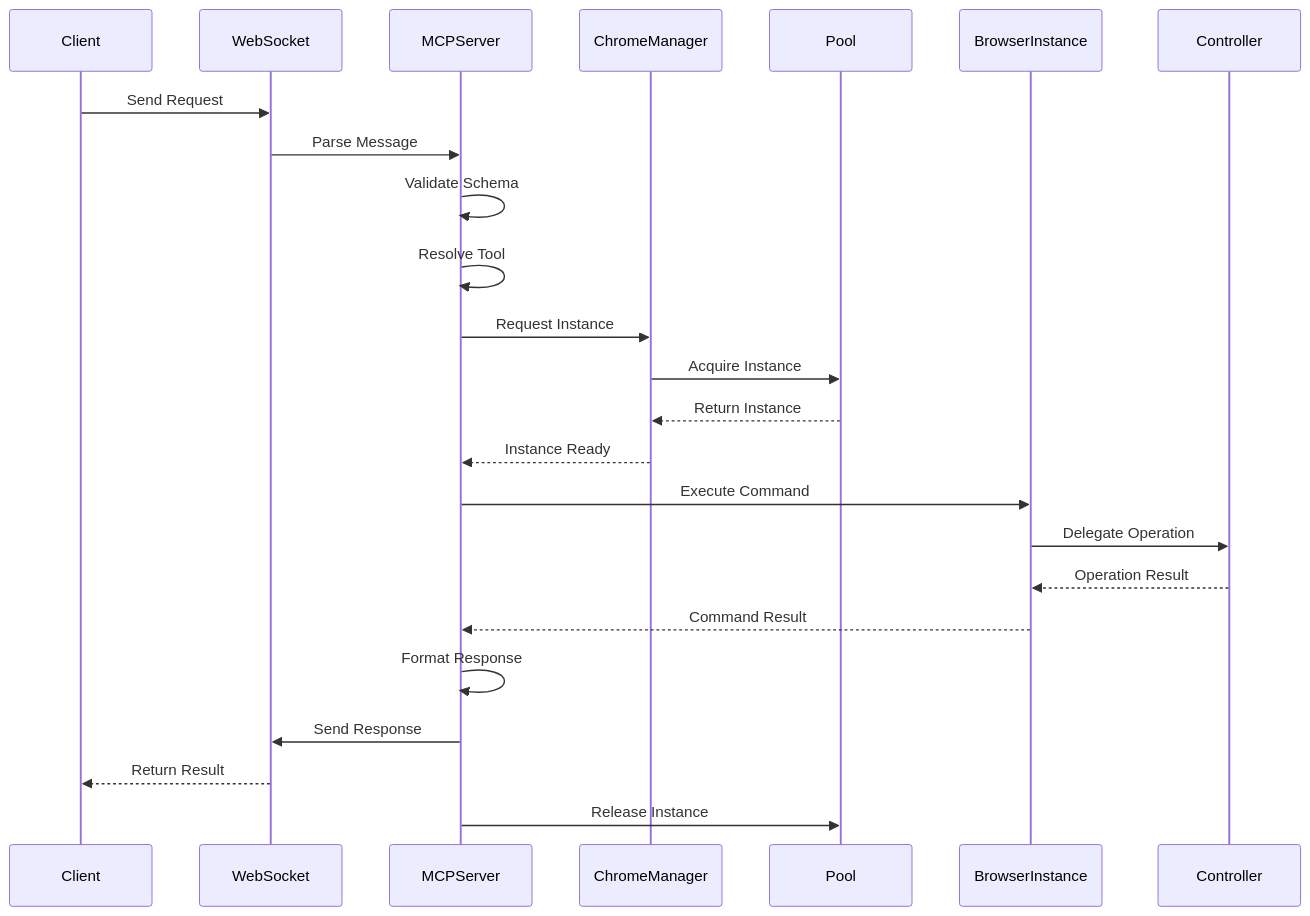
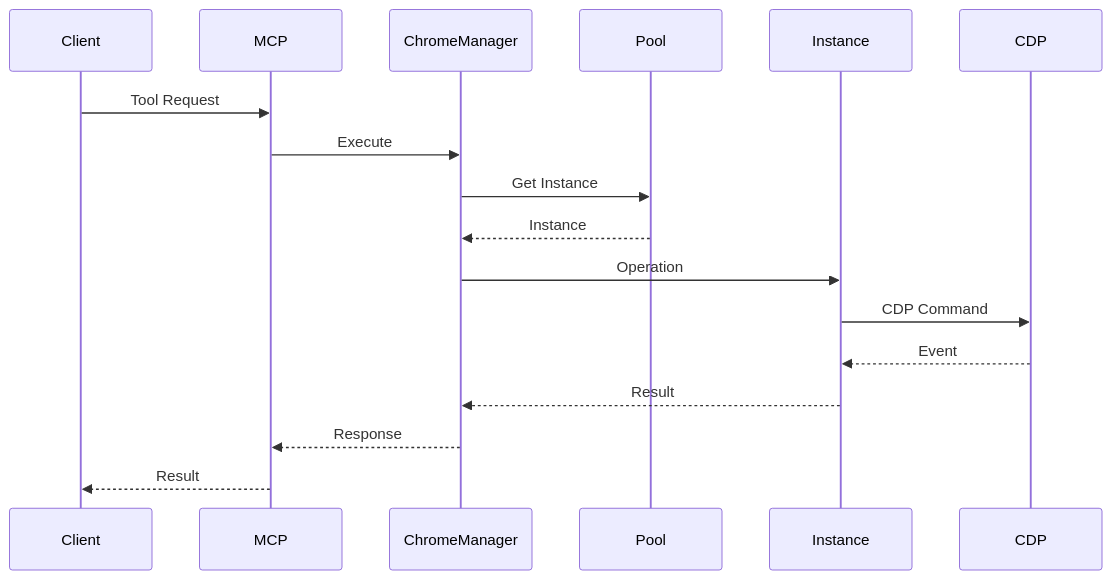
One commit to Independent-AI-Labs/AMI-WEB changed the second of 2 diagrams in docs/ARCHITECTURE.md. Above: the diagram before and after it, drawn with Mermaid. The commit also changed other lines of this file, not shown here.

````diff
--- a/docs/ARCHITECTURE.md
+++ b/docs/ARCHITECTURE.md
@@ -567,27 +286,20 @@
 ```mermaid
 sequenceDiagram
     participant Client
-    participant WebSocket
-    participant MCPServer
+    participant MCP
     participant ChromeManager
     participant Pool
-    participant BrowserInstance
-    participant Controller
+    participant Instance
+    participant CDP
     
-    Client->>WebSocket: Send Request
-    WebSocket->>MCPServer: Parse Message
-    MCPServer->>MCPServer: Validate Schema
-    MCPServer->>MCPServer: Resolve Tool
-    MCPServer->>ChromeManager: Request Instance
-    ChromeManager->>Pool: Acquire Instance
-    Pool-->>ChromeManager: Return Instance
-    ChromeManager-->>MCPServer: Instance Ready
-    MCPServer->>BrowserInstance: Execute Command
-    BrowserInstance->>Controller: Delegate Operation
-    Controller-->>BrowserInstance: Operation Result
-    BrowserInstance-->>MCPServer: Command Result
-    MCPServer->>MCPServer: Format Response
-    MCPServer->>WebSocket: Send Response
-    WebSocket-->>Client: Return Result
-    MCPServer->>Pool: Release Instance
+    Client->>MCP: Tool Request
+    MCP->>ChromeManager: Execute
+    ChromeManager->>Pool: Get Instance
+    Pool-->>ChromeManager: Instance
+    ChromeManager->>Instance: Operation
+    Instance->>CDP: CDP Command
+    CDP-->>Instance: Event
+    Instance-->>ChromeManager: Result
+    ChromeManager-->>MCP: Response
+    MCP-->>Client: Result
 ```
````
